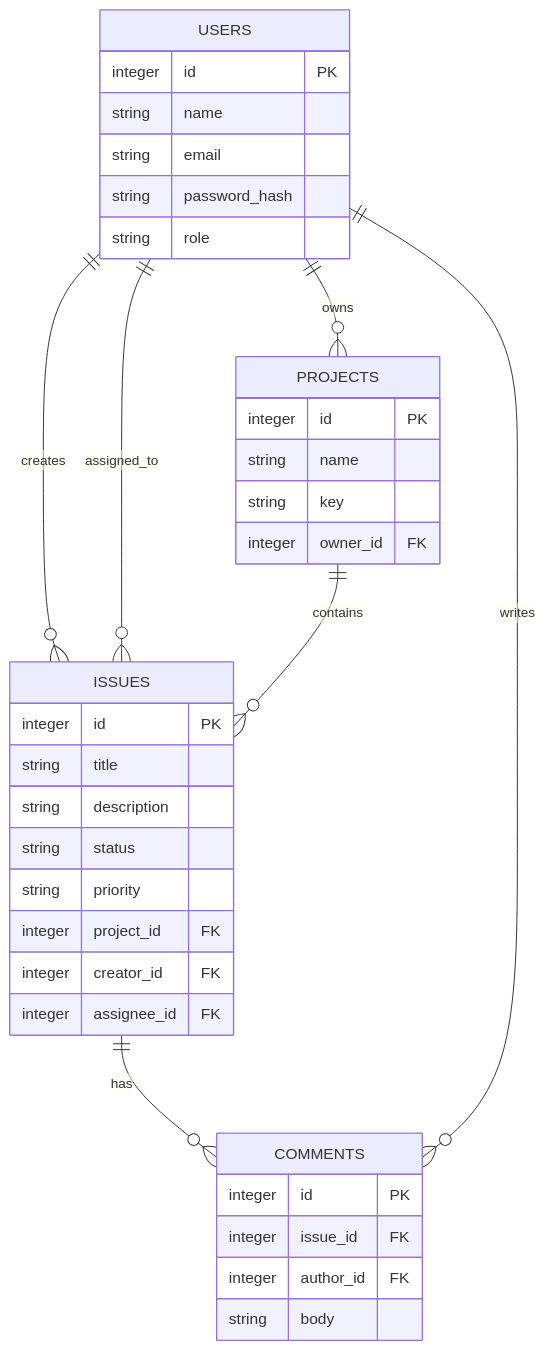
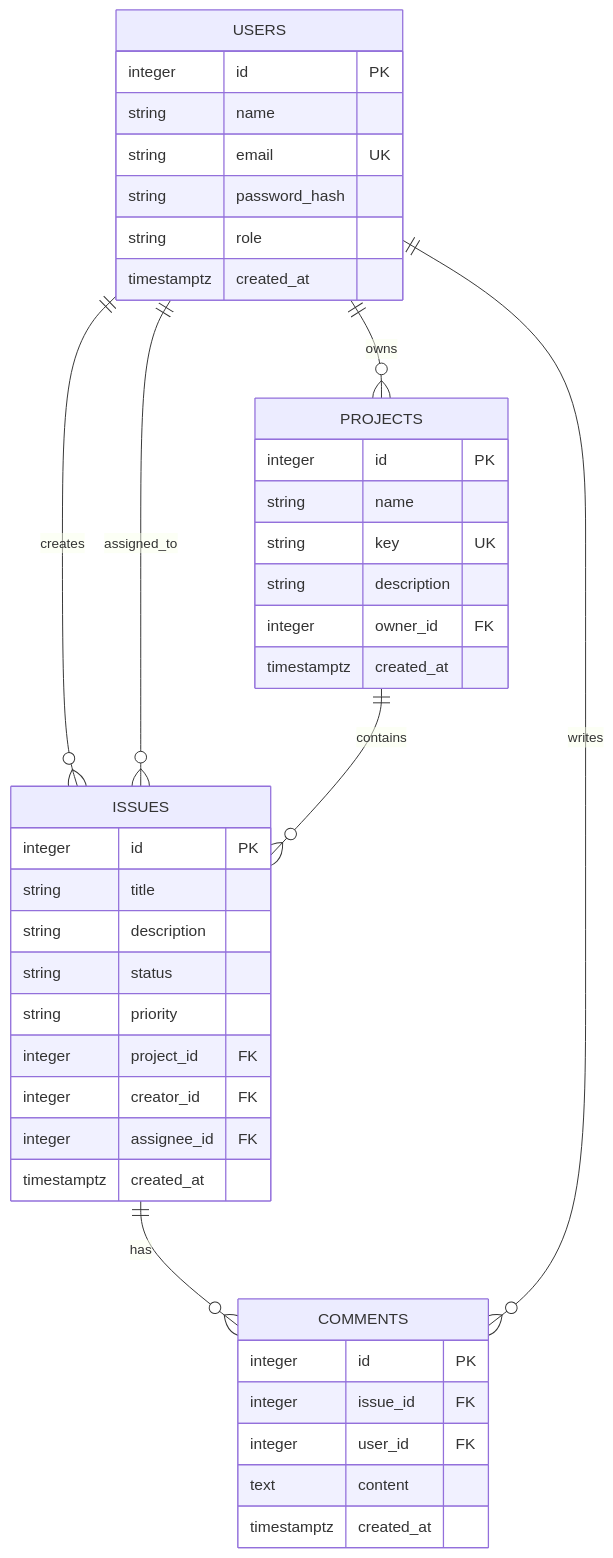
Before and after one commit to adityasinghr651/Lab_Engineering: the second of 2 diagrams in README.md, drawn with Mermaid. The commit also changed other lines of this file and 14 other files, not shown here.

Commit message:
docs(visuals): add animated architecture showcase and technical visual documentation

````diff
--- a/README.md
+++ b/README.md
@@ -157,42 +165,47 @@
 ```mermaid
 erDiagram
     USERS ||--o{ PROJECTS : owns
     USERS ||--o{ ISSUES : creates
     USERS ||--o{ ISSUES : assigned_to
     PROJECTS ||--o{ ISSUES : contains
     ISSUES ||--o{ COMMENTS : has
     USERS ||--o{ COMMENTS : writes
 
     USERS {
         integer id PK
         string name
-        string email
+        string email UK
         string password_hash
         string role
+        timestamptz created_at
     }
 
     PROJECTS {
         integer id PK
         string name
-        string key
+        string key UK
+        string description
         integer owner_id FK
+        timestamptz created_at
     }
 
     ISSUES {
         integer id PK
         string title
         string description
         string status
         string priority
         integer project_id FK
         integer creator_id FK
         integer assignee_id FK
+        timestamptz created_at
     }
 
     COMMENTS {
         integer id PK
         integer issue_id FK
-        integer author_id FK
-        string body
+        integer user_id FK
+        text content
+        timestamptz created_at
     }
 ```
````
